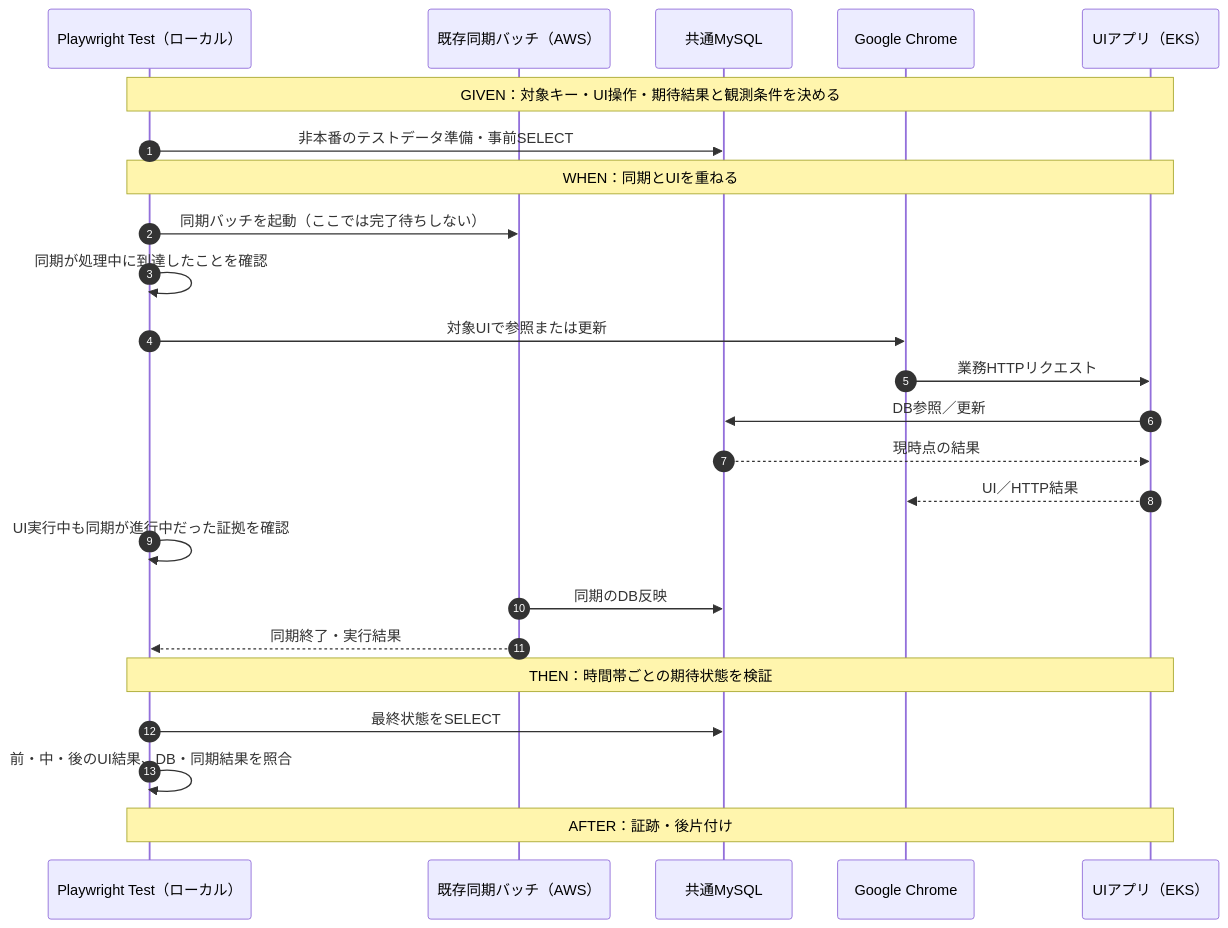
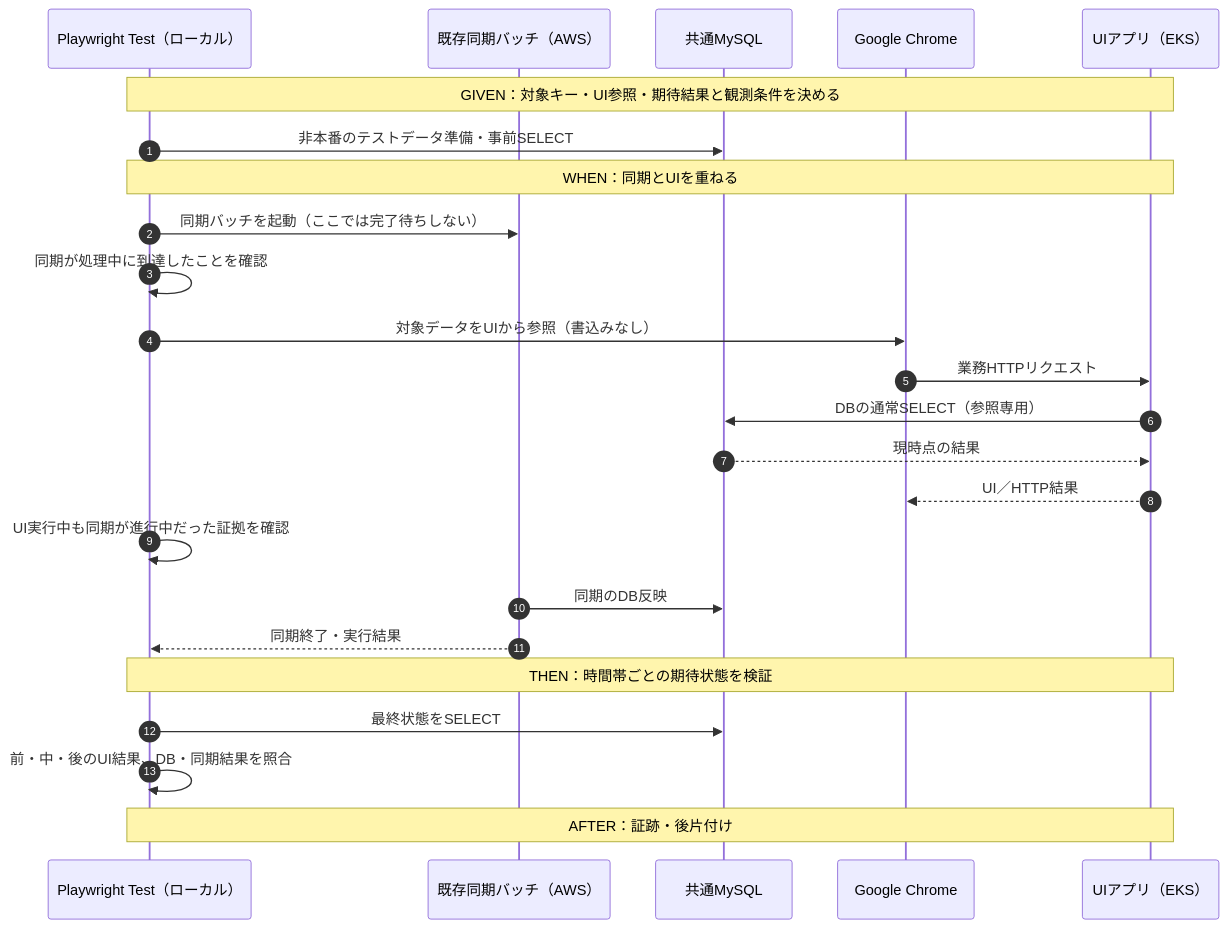
One commit to Takahiro-Kaji/playwright-demo changed the second of 3 diagrams in docs/cross-feature-system-scenarios.md. Above: the diagram before and after it, drawn with Mermaid. The commit also changed other lines of this file, not shown here.

````diff
--- a/docs/cross-feature-system-scenarios.md
+++ b/docs/cross-feature-system-scenarios.md
@@ -95,27 +95,27 @@
 ```mermaid
 sequenceDiagram
     autonumber
     participant T as Playwright Test（ローカル）
     participant S as 既存同期バッチ（AWS）
     participant D as 共通MySQL
     participant C as Google Chrome
     participant A as UIアプリ（EKS）
 
-    Note over T,A: GIVEN：対象キー・UI操作・期待結果と観測条件を決める
+    Note over T,A: GIVEN：対象キー・UI参照・期待結果と観測条件を決める
     T->>D: 非本番のテストデータ準備・事前SELECT
     Note over T,A: WHEN：同期とUIを重ねる
     T->>S: 同期バッチを起動（ここでは完了待ちしない）
     T->>T: 同期が処理中に到達したことを確認
-    T->>C: 対象UIで参照または更新
+    T->>C: 対象データをUIから参照（書込みなし）
     C->>A: 業務HTTPリクエスト
-    A->>D: DB参照／更新
+    A->>D: DBの通常SELECT（参照専用）
     D-->>A: 現時点の結果
     A-->>C: UI／HTTP結果
     T->>T: UI実行中も同期が進行中だった証拠を確認
     S->>D: 同期のDB反映
     S-->>T: 同期終了・実行結果
     Note over T,A: THEN：時間帯ごとの期待状態を検証
     T->>D: 最終状態をSELECT
     T->>T: 前・中・後のUI結果、DB・同期結果を照合
     Note over T,A: AFTER：証跡・後片付け
 ```
````
